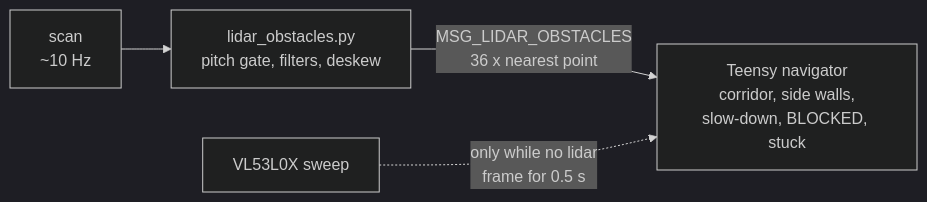
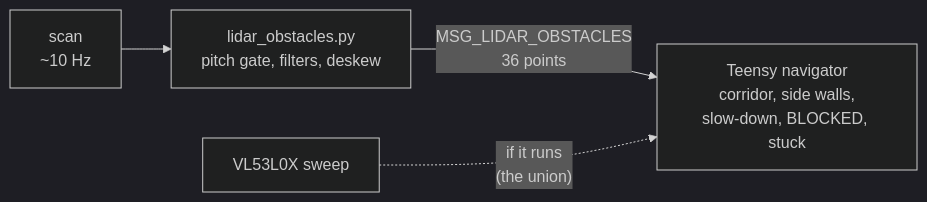
Before and after one commit to nespotts/self_balancing_robot_3: the fourth of 4 diagrams in docs/ld19.md, drawn with Mermaid (dark theme). The commit also changed other lines of this file and 15 other files, not shown here.

````diff
--- a/docs/ld19.md
+++ b/docs/ld19.md
@@ -320,6 +320,6 @@
 ```mermaid
 flowchart LR
   S[scan<br>~10 Hz] --> O[lidar_obstacles.py<br>pitch gate, filters, deskew]
-  O -- "MSG_LIDAR_OBSTACLES<br>36 x nearest point" --> N[Teensy navigator<br>corridor, side walls,<br>slow-down, BLOCKED, stuck]
-  W[VL53L0X sweep] -. "only while no lidar<br>frame for 0.5 s" .-> N
+  O -- "MSG_LIDAR_OBSTACLES<br>36 points" --> N[Teensy navigator<br>corridor, side walls,<br>slow-down, BLOCKED, stuck]
+  W[VL53L0X sweep] -. "if it runs<br>(the union)" .-> N
 ```
````
